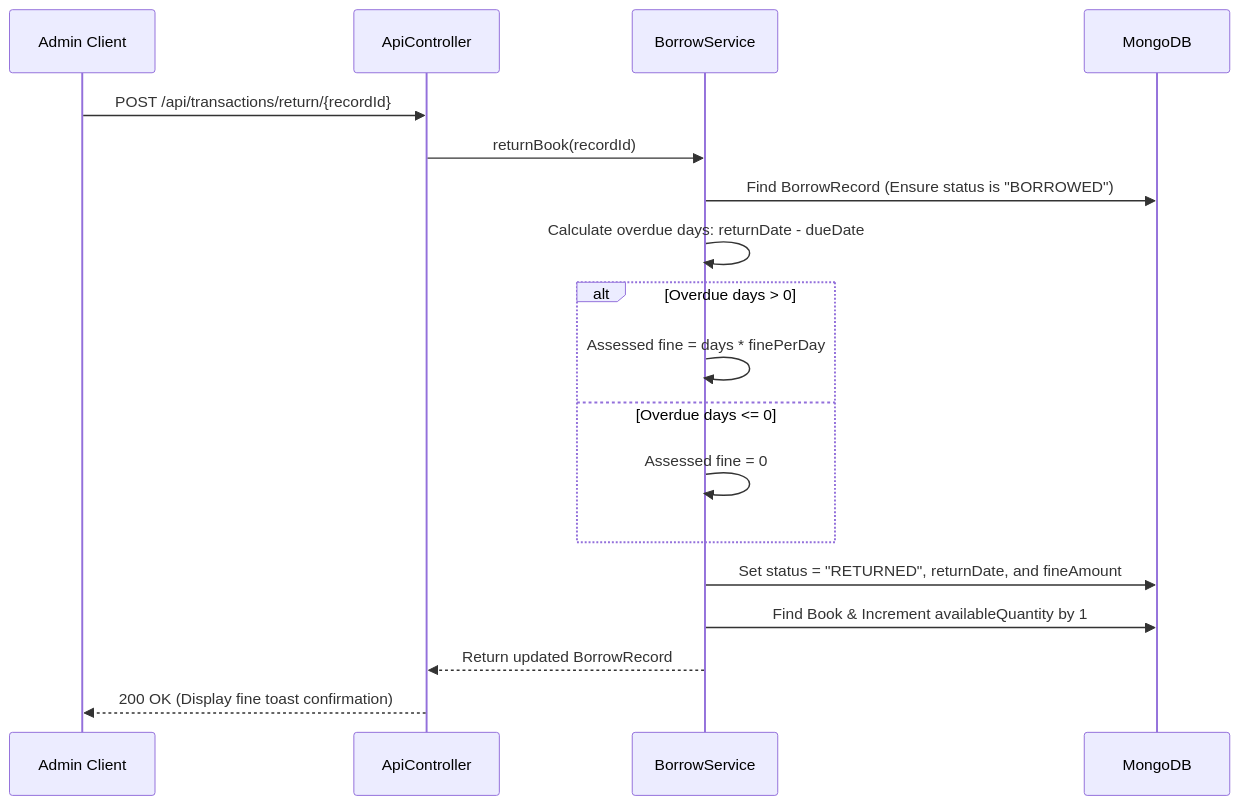
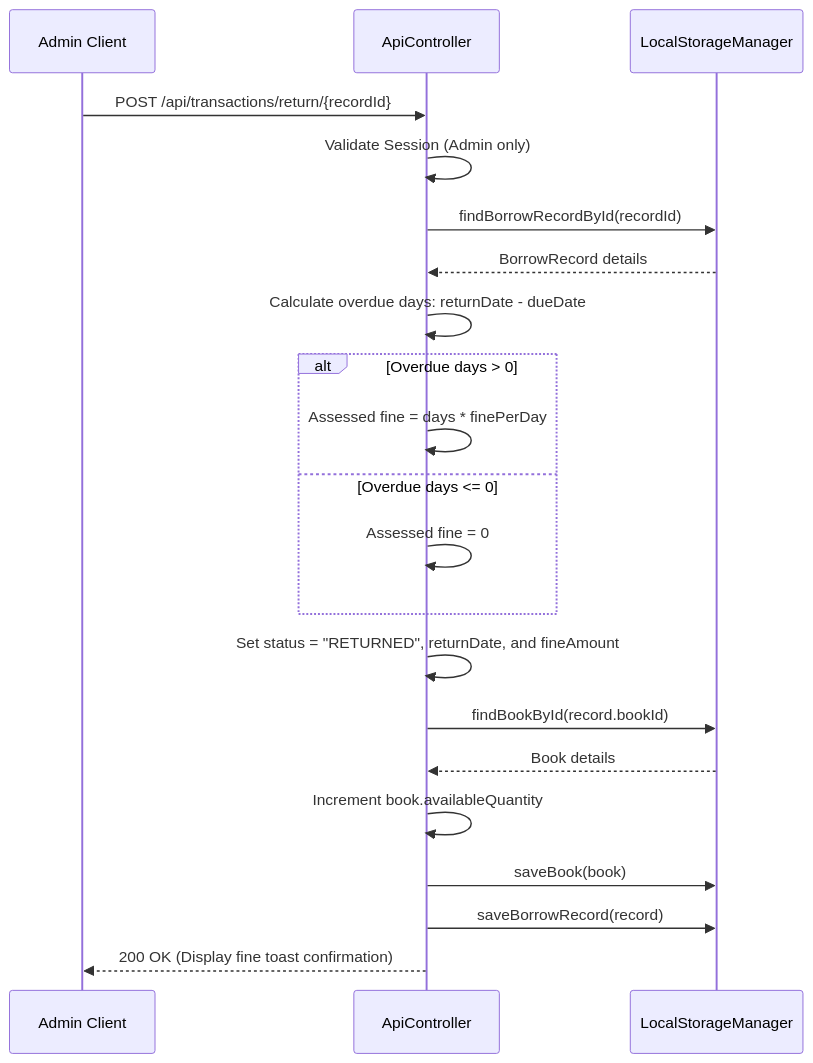
The fourth of 4 diagrams in README.md (vansh16soni/LibManage_Java), drawn with Mermaid before and after one commit. The commit also changed other lines of this file, not shown here.

````diff
--- a/README.md
+++ b/README.md
@@ -214,24 +196,27 @@
 ```mermaid
 sequenceDiagram
     participant Admin as Admin Client
     participant API as ApiController
-    participant BS as BorrowService
-    participant DB as MongoDB
+    participant SM as LocalStorageManager
     
     Admin->>API: POST /api/transactions/return/{recordId}
-    API->>BS: returnBook(recordId)
+    API->>API: Validate Session (Admin only)
+    API->>SM: findBorrowRecordById(recordId)
+    SM-->>API: BorrowRecord details
     
-    BS->>DB: Find BorrowRecord (Ensure status is "BORROWED")
-    BS->>BS: Calculate overdue days: returnDate - dueDate
-    
+    API->>API: Calculate overdue days: returnDate - dueDate
     alt Overdue days > 0
-        BS->>BS: Assessed fine = days * finePerDay
+        API->>API: Assessed fine = days * finePerDay
     else Overdue days <= 0
-        BS->>BS: Assessed fine = 0
+        API->>API: Assessed fine = 0
     end
     
-    BS->>DB: Set status = "RETURNED", returnDate, and fineAmount
-    BS->>DB: Find Book & Increment availableQuantity by 1
-    BS-->>API: Return updated BorrowRecord
+    API->>API: Set status = "RETURNED", returnDate, and fineAmount
+    API->>SM: findBookById(record.bookId)
+    SM-->>API: Book details
+    API->>API: Increment book.availableQuantity
+    API->>SM: saveBook(book)
+    API->>SM: saveBorrowRecord(record)
+    
     API-->>Admin: 200 OK (Display fine toast confirmation)
 ```
````
